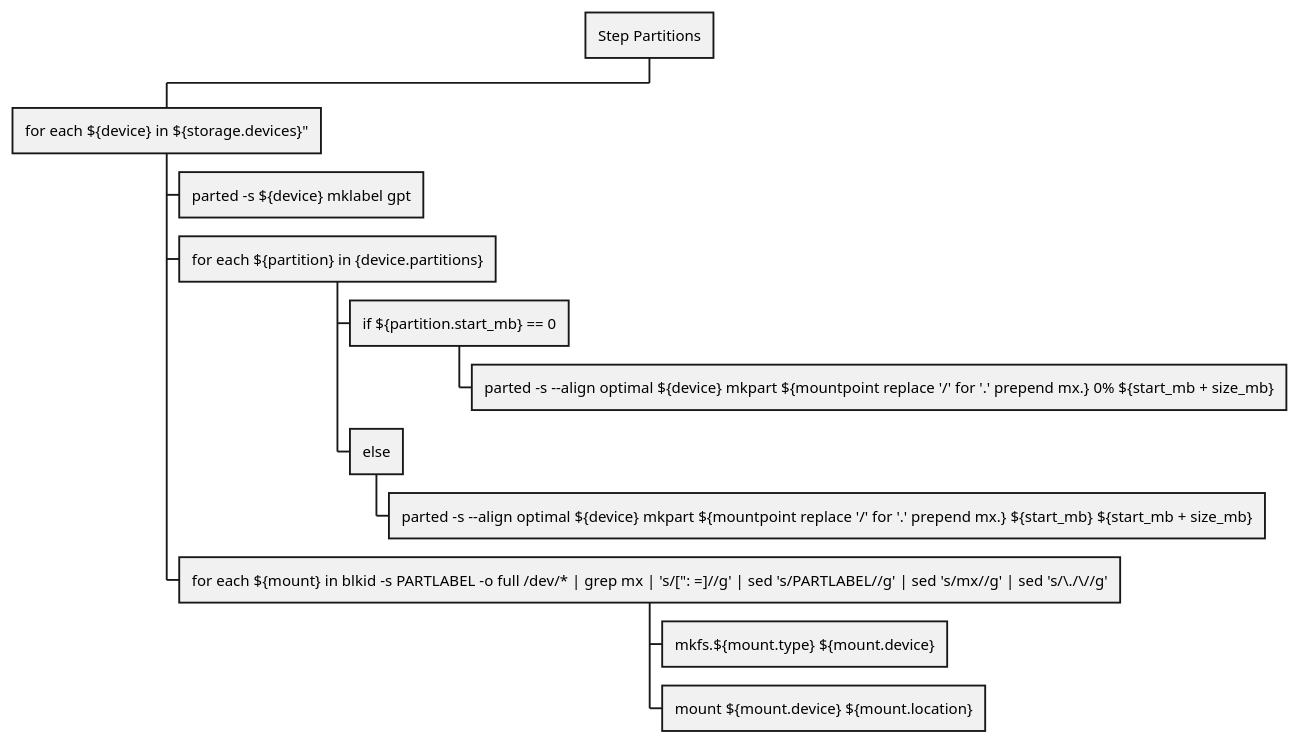
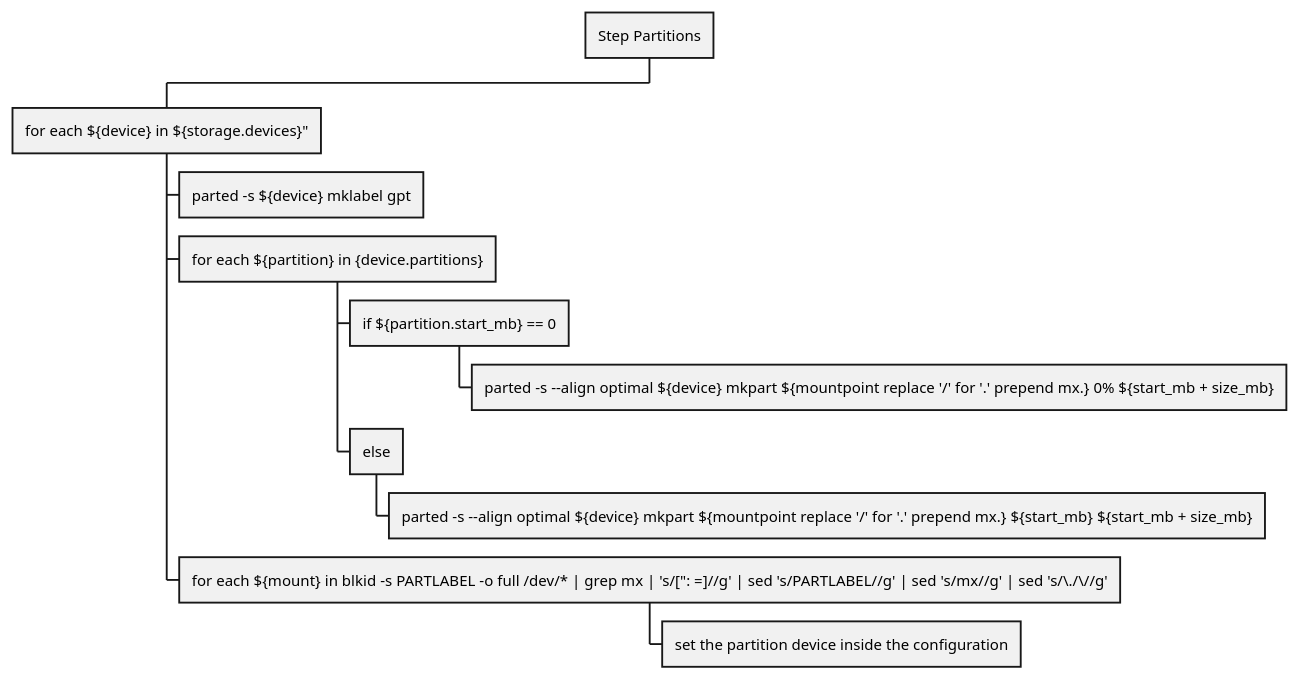
The diagram in doc/002-step-partitions.puml (Munix-Developers/munix-standalone-installer), drawn with PlantUML before and after one commit. The commit also changed 2 other files, not shown here.

Commit message:
Add filesystem and mount step documentation

```diff
--- a/doc/002-step-partitions.puml
+++ b/doc/002-step-partitions.puml
@@ -1,13 +1,12 @@
 @startwbs
 * Step Partitions
 ** for each ${device} in ${storage.devices}"
 *** parted -s ${device} mklabel gpt
 *** for each ${partition} in {device.partitions}
 **** if ${partition.start_mb} == 0
 ***** parted -s --align optimal ${device} mkpart ${mountpoint replace '/' for '.' prepend mx.} 0% ${start_mb + size_mb}
 **** else
 ***** parted -s --align optimal ${device} mkpart ${mountpoint replace '/' for '.' prepend mx.} ${start_mb} ${start_mb + size_mb}
 *** for each ${mount} in blkid -s PARTLABEL -o full /dev/* | grep mx | 's/[": =]~//g' | sed 's/PARTLABEL~//g' | sed 's/mx~//g' | sed 's/\./\//g'
-**** mkfs.${mount.type} ${mount.device}
-**** mount ${mount.device} ${mount.location}
+**** set the partition device inside the configuration
 @endwbs
```
